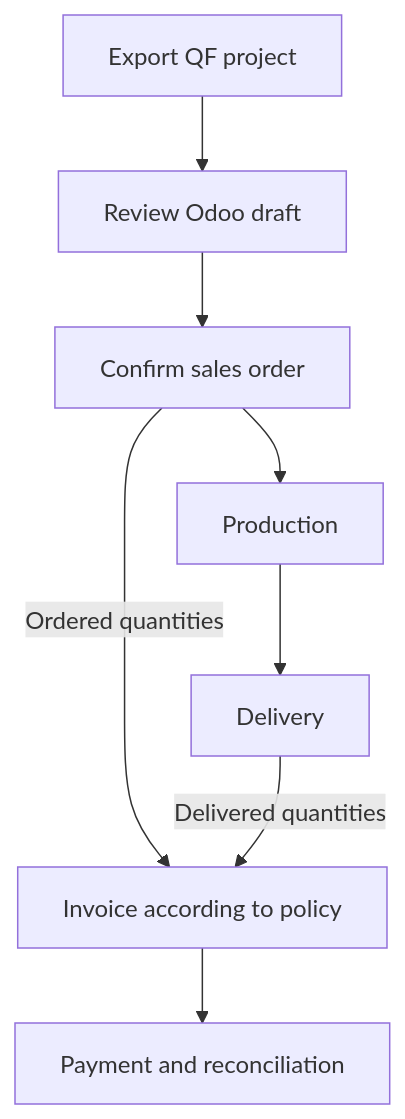
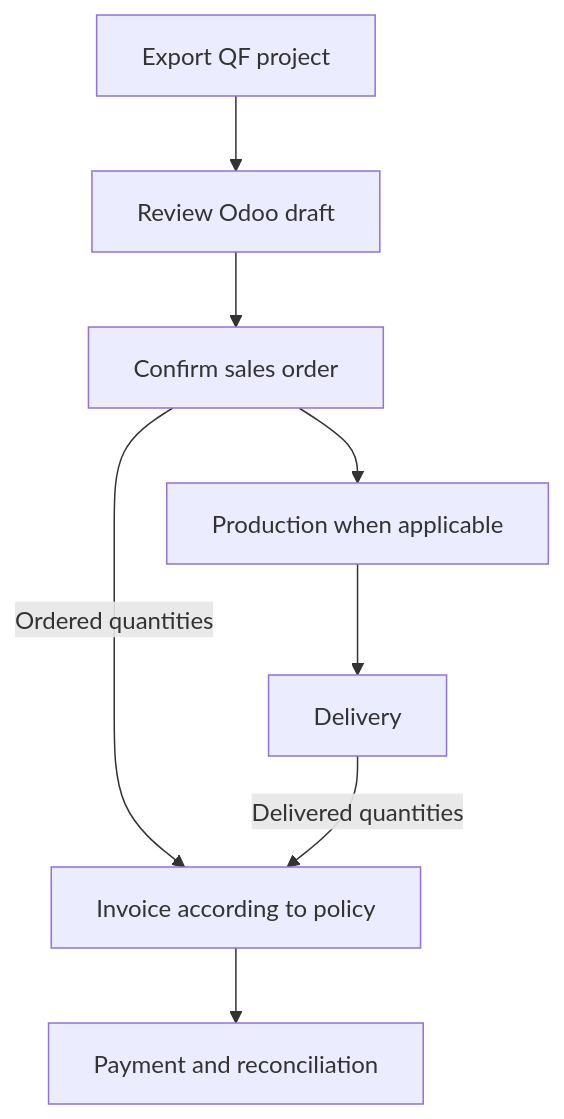
Before and after one commit to SheetMetalConnect/smc-mintlify: the first of 2 diagrams in qf2odoo/workflow.mdx, drawn with Mermaid. The commit also changed 8 other files, not shown here.

````diff
--- a/qf2odoo/workflow.mdx
+++ b/qf2odoo/workflow.mdx
@@ -26,10 +26,10 @@
 ```mermaid
 flowchart TB
   Q["Export QF project"] --> D["Review Odoo draft"]
   D --> C["Confirm sales order"]
-  C --> P["Production"]
+  C --> P["Production when applicable"]
   P --> L["Delivery"]
   C -->|"Ordered quantities"| I["Invoice according to policy"]
   L -->|"Delivered quantities"| I
   I --> R["Payment and reconciliation"]
 ```
````
